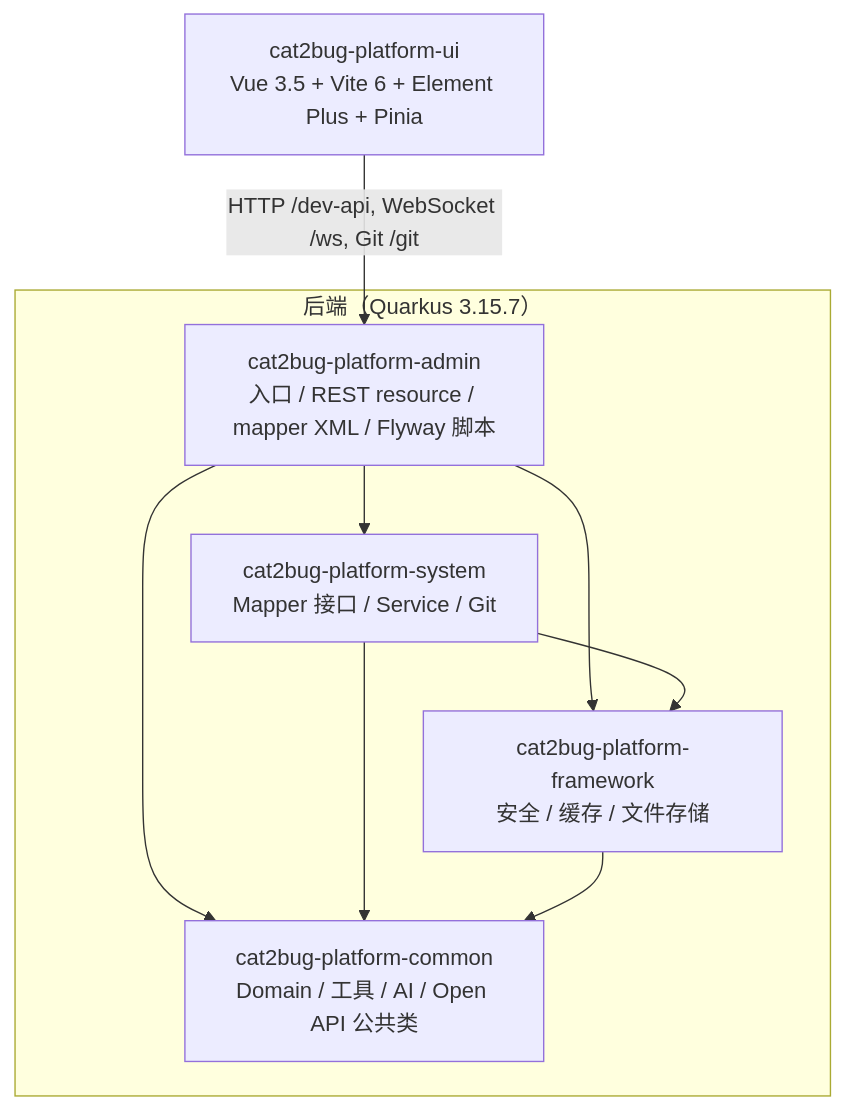
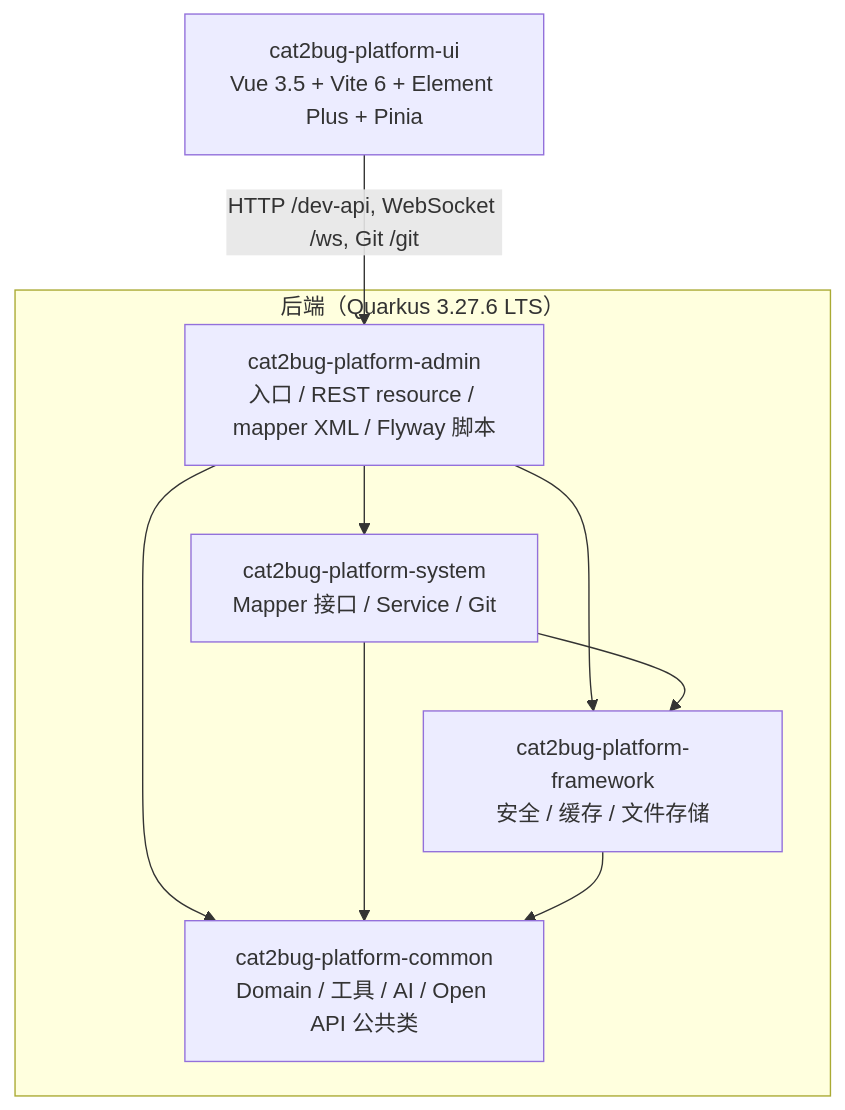
The diagram in docs/02-系统架构/整体架构.md (cat2bug/cat2bug-platform), drawn with Mermaid before and after one commit. The commit also changed other lines of this file and 9 other files, not shown here.

````diff
--- a/docs/02-系统架构/整体架构.md
+++ b/docs/02-系统架构/整体架构.md
@@ -9,19 +9,19 @@
 ```mermaid
 graph TD
   UI[cat2bug-platform-ui<br/>Vue 3.5 + Vite 6 + Element Plus + Pinia]
 
-  subgraph 后端[后端（Quarkus 3.15.7）]
+  subgraph 后端[后端（Quarkus 3.27.6 LTS）]
     QA[cat2bug-platform-admin<br/>入口 / REST resource / mapper XML / Flyway 脚本]
     QS[cat2bug-platform-system<br/>Mapper 接口 / Service / Git]
     QF[cat2bug-platform-framework<br/>安全 / 缓存 / 文件存储]
     QC[cat2bug-platform-common<br/>Domain / 工具 / AI / Open API 公共类]
     QA --> QS
     QA --> QF
     QA --> QC
     QS --> QF
     QS --> QC
     QF --> QC
   end
 
   UI -- HTTP /dev-api, WebSocket /ws, Git /git --> QA
 ```
````
